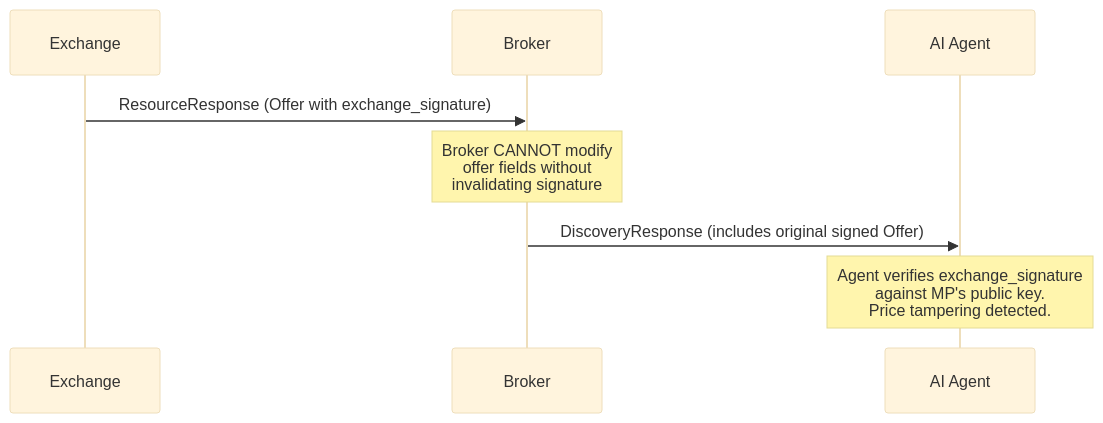
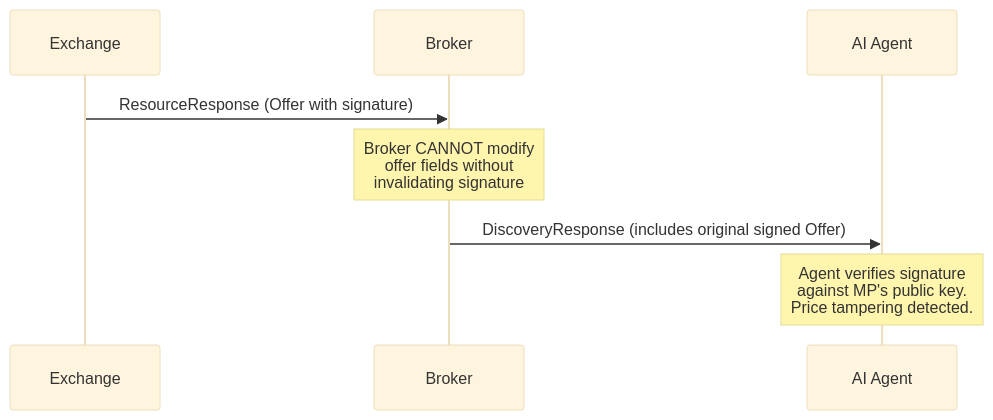
One commit to RAMP-Protocol/protocol changed the fourth of 4 diagrams in website/src/content/docs/components/broker/selection-engine.mdx. Above: the diagram before and after it, drawn with Mermaid (base theme). The commit also changed other lines of this file and 40 other files, not shown here.

````diff
--- a/website/src/content/docs/components/broker/selection-engine.mdx
+++ b/website/src/content/docs/components/broker/selection-engine.mdx
@@ -527,11 +528,11 @@
 ```mermaid
 sequenceDiagram
     participant MP as Exchange
     participant Orch as Broker
     participant Agent as AI Agent
 
-    MP->>Orch: ResourceResponse (Offer with exchange_signature)
+    MP->>Orch: ResourceResponse (Offer with signature)
     Note over Orch: Broker CANNOT modify<br/>offer fields without<br/>invalidating signature
     Orch->>Agent: DiscoveryResponse (includes original signed Offer)
-    Note over Agent: Agent verifies exchange_signature<br/>against MP's public key.<br/>Price tampering detected.
+    Note over Agent: Agent verifies signature<br/>against MP's public key.<br/>Price tampering detected.
 ```
````
